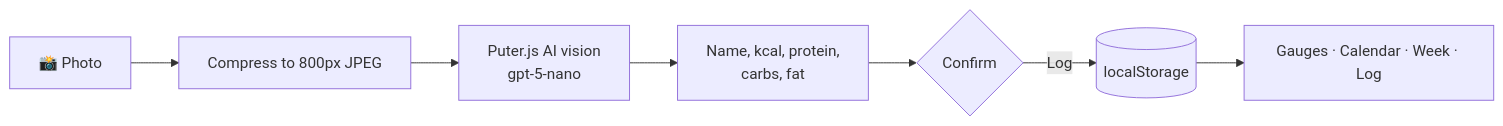
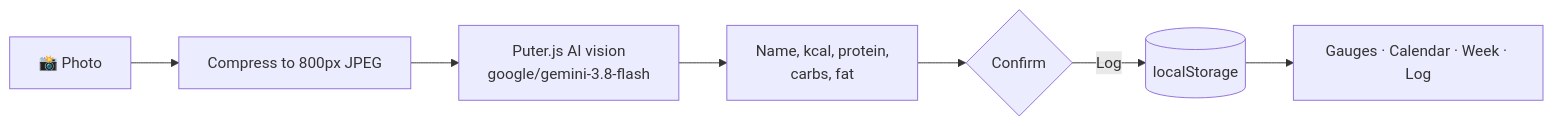
One commit to Danialbroz/macro-tracker changed the diagram in README.md. Above: the diagram before and after it, drawn with Mermaid. The commit also changed other lines of this file and 1 other file, not shown here.

Commit message:
Switch scan model to google/gemini-3.8-flash

````diff
--- a/README.md
+++ b/README.md
@@ -63,9 +63,9 @@
 ```mermaid
 flowchart LR
     A[📸 Photo] --> B[Compress to 800px JPEG]
-    B --> C[Puter.js AI vision<br/>gpt-5-nano]
+    B --> C[Puter.js AI vision<br/>google/gemini-3.8-flash]
     C --> D[Name, kcal, protein,<br/>carbs, fat]
     D --> E{Confirm}
     E -->|Log| F[(localStorage)]
     F --> G[Gauges · Calendar · Week · Log]
 ```
````
